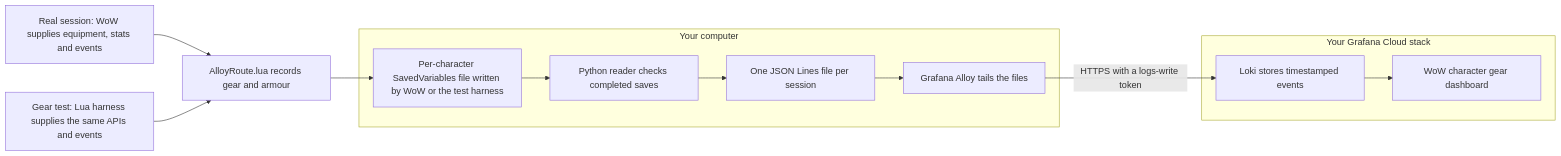
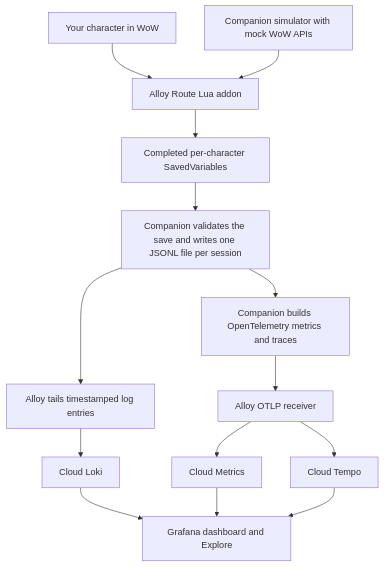
The first of 2 diagrams in wow-character-progression/ARCHITECTURE.md (grafana/alloy-scenarios), drawn with Mermaid before and after one commit. The commit also changed other lines of this file and 28 other files, not shown here.

````diff
--- a/wow-character-progression/ARCHITECTURE.md
+++ b/wow-character-progression/ARCHITECTURE.md
@@ -5,15 +5,16 @@
 ```mermaid
-flowchart LR
-    W["Real session: WoW supplies equipment, stats and events"] --> A["AlloyRoute.lua records gear and armour"]
-    X["Gear test: Lua harness supplies the same APIs and events"] --> A
-    A --> C["Per-character SavedVariables file written by WoW or the test harness"]
-    subgraph Computer["Your computer"]
-      C --> D["Python reader checks completed saves"]
-      D --> E["One JSON Lines file per session"]
-      E --> F["Grafana Alloy tails the files"]
-    end
-    subgraph Cloud["Your Grafana Cloud stack"]
-      F -->|HTTPS with a logs-write token| G["Loki stores timestamped events"]
-      G --> H["WoW character gear dashboard"]
-    end
+flowchart TD
+    W["Your character in WoW"] --> A["Alloy Route Lua addon"]
+    S["Companion simulator with mock WoW APIs"] --> A
+    A --> F["Completed per-character SavedVariables"]
+    F --> R["Companion validates the save and writes one JSONL file per session"]
+    R --> L["Alloy tails timestamped log entries"]
+    R --> E["Companion builds OpenTelemetry metrics and traces"]
+    L --> LK["Cloud Loki"]
+    E --> O["Alloy OTLP receiver"]
+    O --> M["Cloud Metrics"]
+    O --> T["Cloud Tempo"]
+    LK --> G["Grafana dashboard and Explore"]
+    M --> G
+    T --> G
 ```
````
